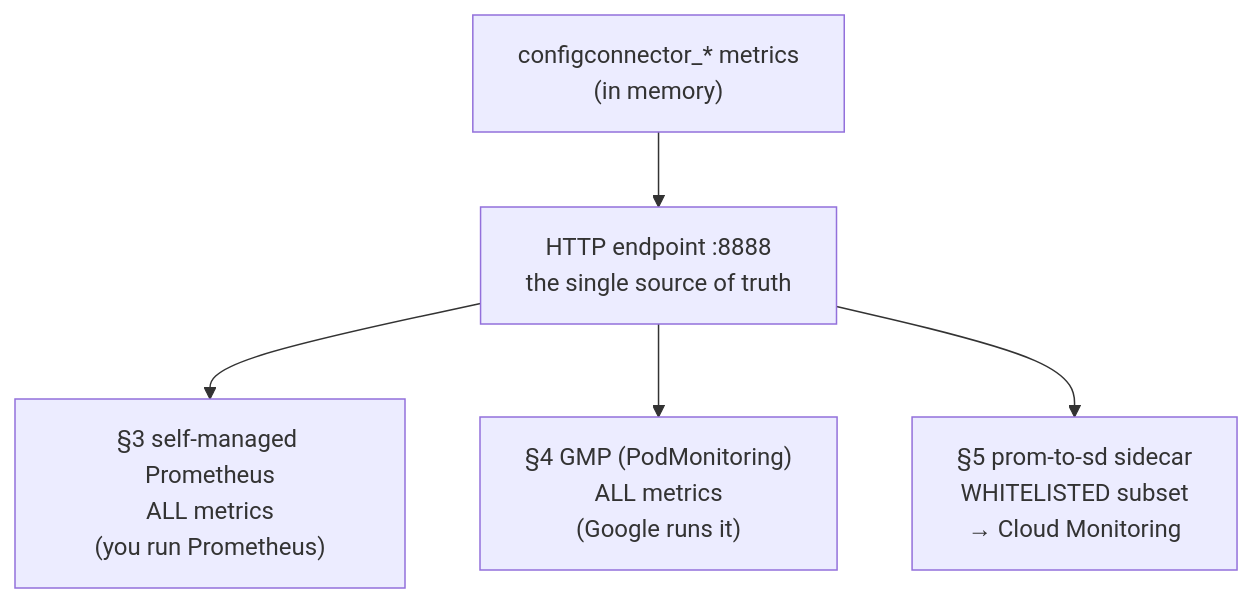
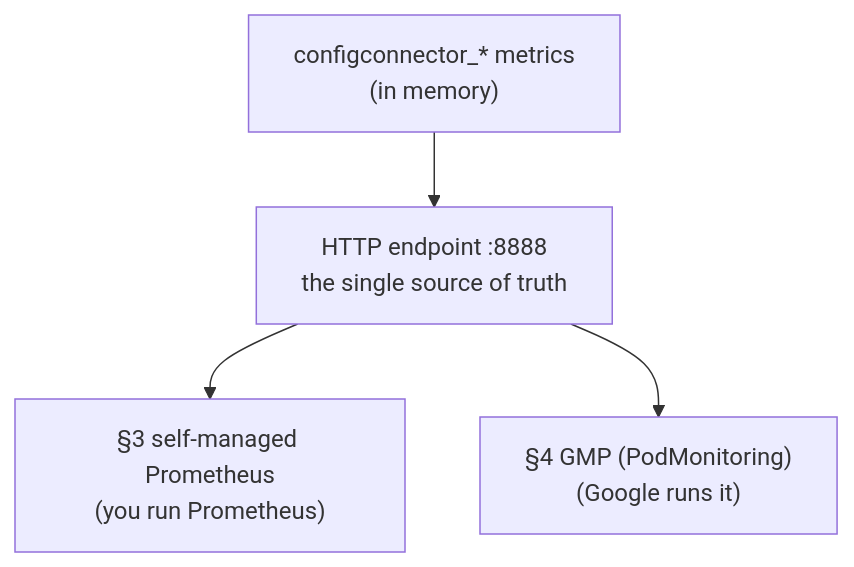
The second of 2 diagrams in courses/config_connector/notes/M4-monitoring.md (GoogleCloudPlatform/specialized-training-content), drawn with Mermaid before and after one commit. The commit also changed other lines of this file and 4 other files, not shown here.

````diff
--- a/courses/config_connector/notes/M4-monitoring.md
+++ b/courses/config_connector/notes/M4-monitoring.md
@@ -218,7 +219,6 @@
 ```mermaid
 flowchart TD
     M["configconnector_* metrics<br/>(in memory)"] --> EP["HTTP endpoint :8888<br/>the single source of truth"]
-    EP --> P3["§3 self-managed Prometheus<br/>ALL metrics<br/>(you run Prometheus)"]
-    EP --> P4["§4 GMP (PodMonitoring)<br/>ALL metrics<br/>(Google runs it)"]
-    EP --> P5["§5 prom-to-sd sidecar<br/>WHITELISTED subset<br/>→ Cloud Monitoring"]
+    EP --> P3["§3 self-managed Prometheus<br/>(you run Prometheus)"]
+    EP --> P4["§4 GMP (PodMonitoring)<br/>(Google runs it)"]
 ```
````
